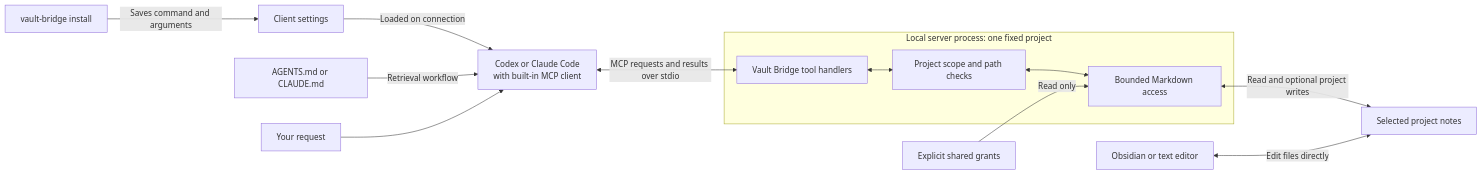
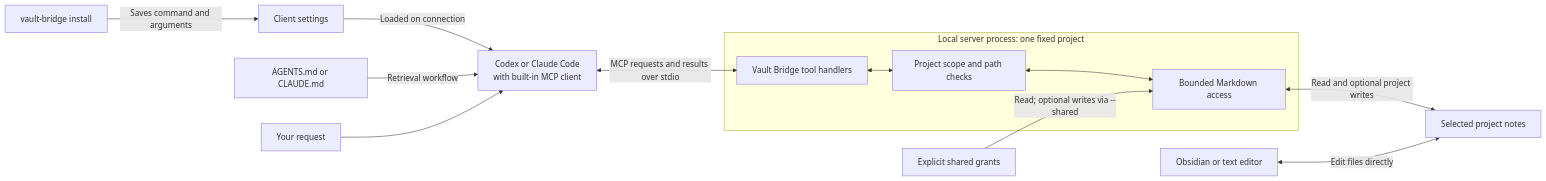
One commit to jsainthilaire/vault-bridge changed the first of 3 diagrams in docs/how-it-works.md. Above: the diagram before and after it, drawn with Mermaid. The commit also changed other lines of this file and 34 other files, not shown here.

````diff
--- a/docs/how-it-works.md
+++ b/docs/how-it-works.md
@@ -47,15 +47,15 @@
 ```mermaid
 flowchart LR
     Installer["vault-bridge install"] -->|Saves command and arguments| Settings["Client settings"]
     Settings -->|Loaded on connection| Client["Codex or Claude Code<br/>with built-in MCP client"]
     Instructions["AGENTS.md or CLAUDE.md"] -->|Retrieval workflow| Client
     User["Your request"] --> Client
     Client <-->|MCP requests and results over stdio| Bridge["Vault Bridge tool handlers"]
     subgraph Server["Local server process: one fixed project"]
         Bridge <--> Scope["Project scope and path checks"]
         Scope <--> Store["Bounded Markdown access"]
     end
     Store <-->|Read and optional project writes| Notes["Selected project notes"]
-    Shared["Explicit shared grants"] -->|Read only| Store
+    Shared["Explicit shared grants"] -->|Read; optional writes via --shared| Store
     Editor["Obsidian or text editor"] <-->|Edit files directly| Notes
 ```
````
